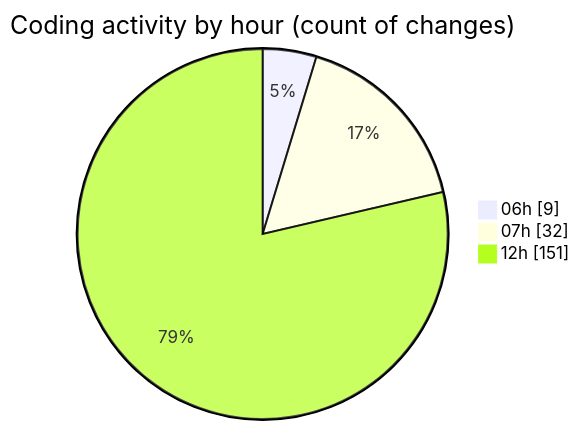
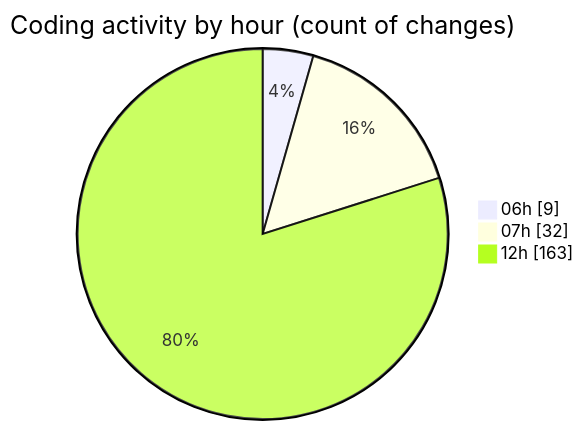
The second of 2 diagrams in 2025-02-18/mbc-web/README.md (robertbonfada/code-tracking), drawn with Mermaid before and after one commit. The commit also changed other lines of this file and 2 other files, not shown here.

````diff
--- a/2025-02-18/mbc-web/README.md
+++ b/2025-02-18/mbc-web/README.md
@@ -125,7 +132,7 @@
 ```mermaid
 pie showData
 title Coding activity by hour (count of changes)
 "06h" : 9
 "07h" : 32
-"12h" : 151
+"12h" : 163
 ```
````
